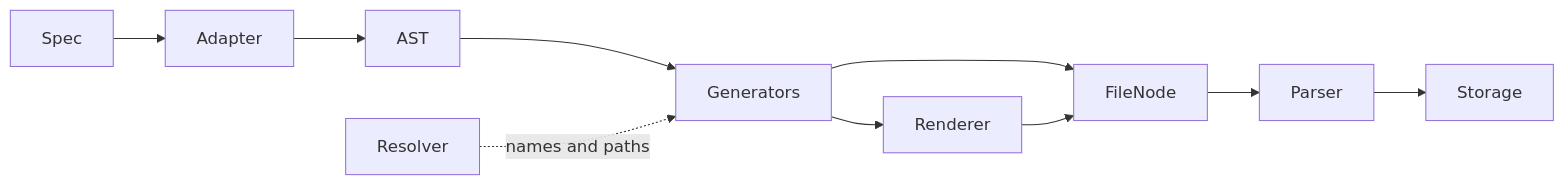
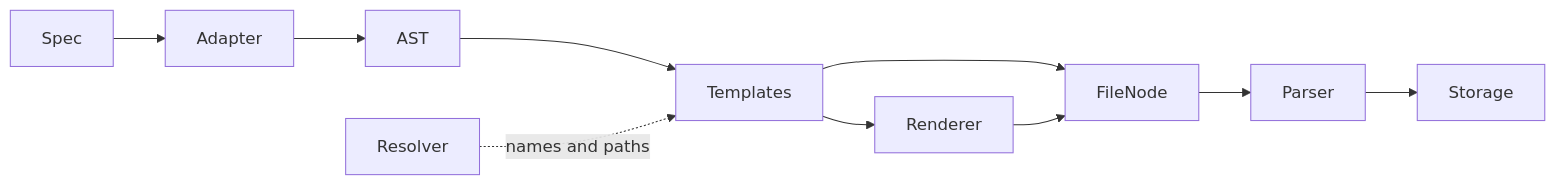
Before and after one commit to kubb-labs/kubb: the diagram in docs/5.x/reference/kit.md, drawn with Mermaid. The commit also changed other lines of this file and 19 other files, not shown here.

Commit message:
docs: replace generators with templates (#4746)

````diff
--- a/docs/5.x/reference/kit.md
+++ b/docs/5.x/reference/kit.md
@@ -22,12 +22,12 @@
 ```mermaid
 flowchart LR
   spec[Spec] --> adapter[Adapter]
   adapter --> ast[AST]:::core
-  ast --> generators[Generators]
-  resolver[Resolver] -.->|names and paths| generators
-  generators --> renderer[Renderer]
-  generators --> files[FileNode]
+  ast --> templates[Templates]
+  resolver[Resolver] -.->|names and paths| templates
+  templates --> renderer[Renderer]
+  templates --> files[FileNode]
   renderer --> files
   files --> parser[Parser]
   parser --> storage[Storage]
 ```
````
